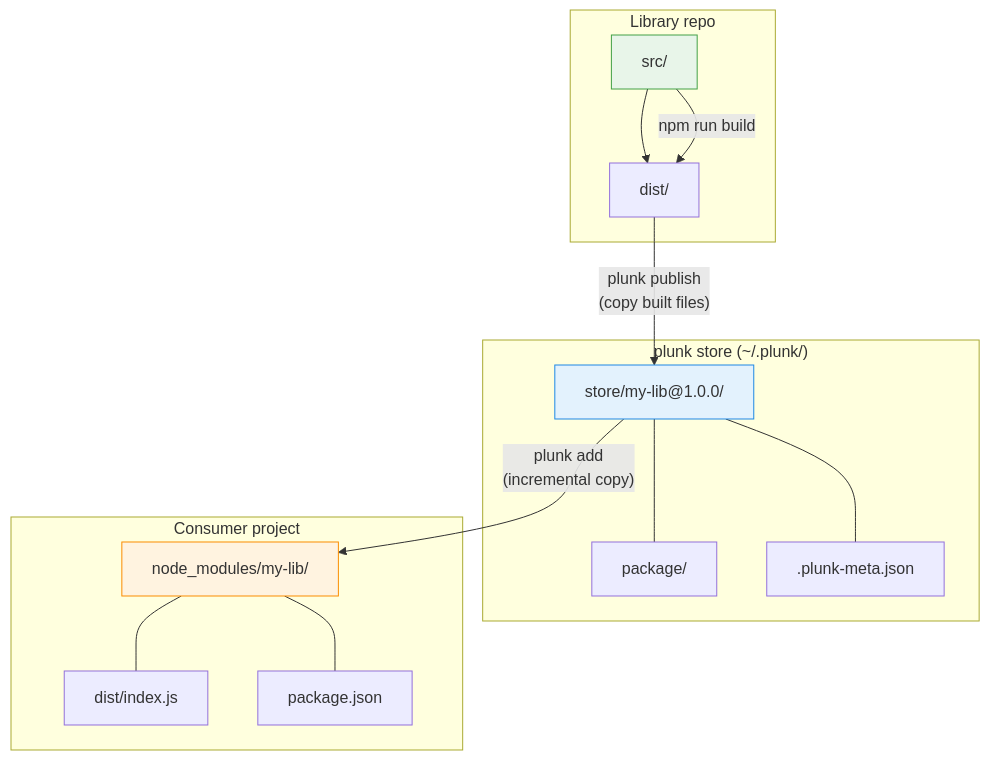
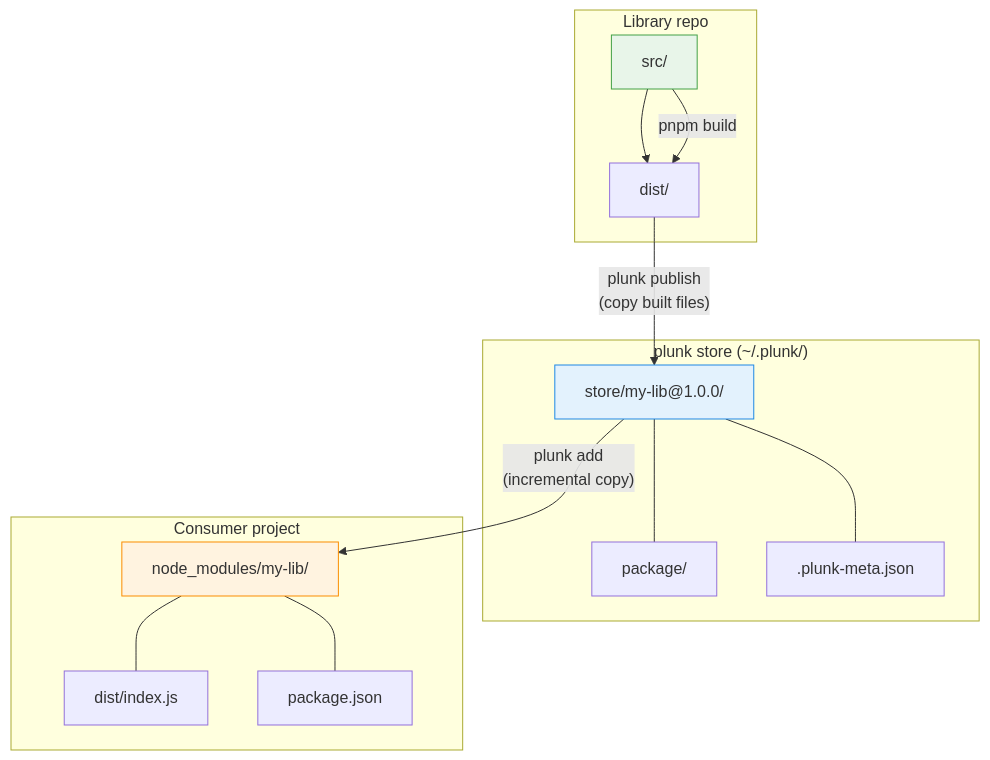
Before and after one commit to oleg-kuibar/plunk: the first of 5 diagrams in docs/how-it-works.md, drawn with Mermaid. The commit also changed 3 other files, not shown here.

Commit message:
docs: replace npm commands with pnpm

````diff
--- a/docs/how-it-works.md
+++ b/docs/how-it-works.md
@@ -5,26 +5,26 @@
 ```mermaid
 graph TB
     subgraph "Library repo"
         A[src/] --> B[dist/]
-        A --> |"npm run build"| B
+        A --> |"pnpm build"| B
     end
 
     subgraph "plunk store (~/.plunk/)"
         C["store/my-lib@1.0.0/"]
         C --- C1[package/]
         C --- C2[.plunk-meta.json]
     end
 
     subgraph "Consumer project"
         D[node_modules/my-lib/]
         D --- D1[dist/index.js]
         D --- D2[package.json]
     end
 
     B -- "plunk publish<br/>(copy built files)" --> C
     C -- "plunk add<br/>(incremental copy)" --> D
 
     style A fill:#e8f5e9,stroke:#43a047
     style C fill:#e3f2fd,stroke:#1e88e5
     style D fill:#fff3e0,stroke:#fb8c00
 ```
````
